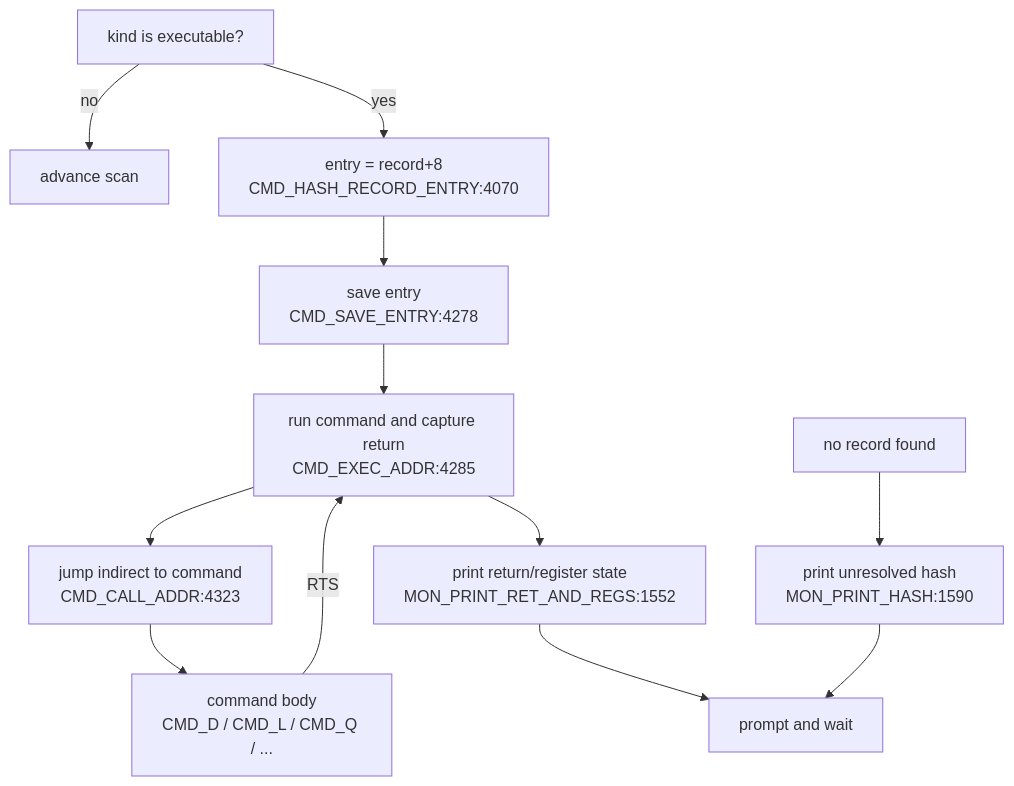
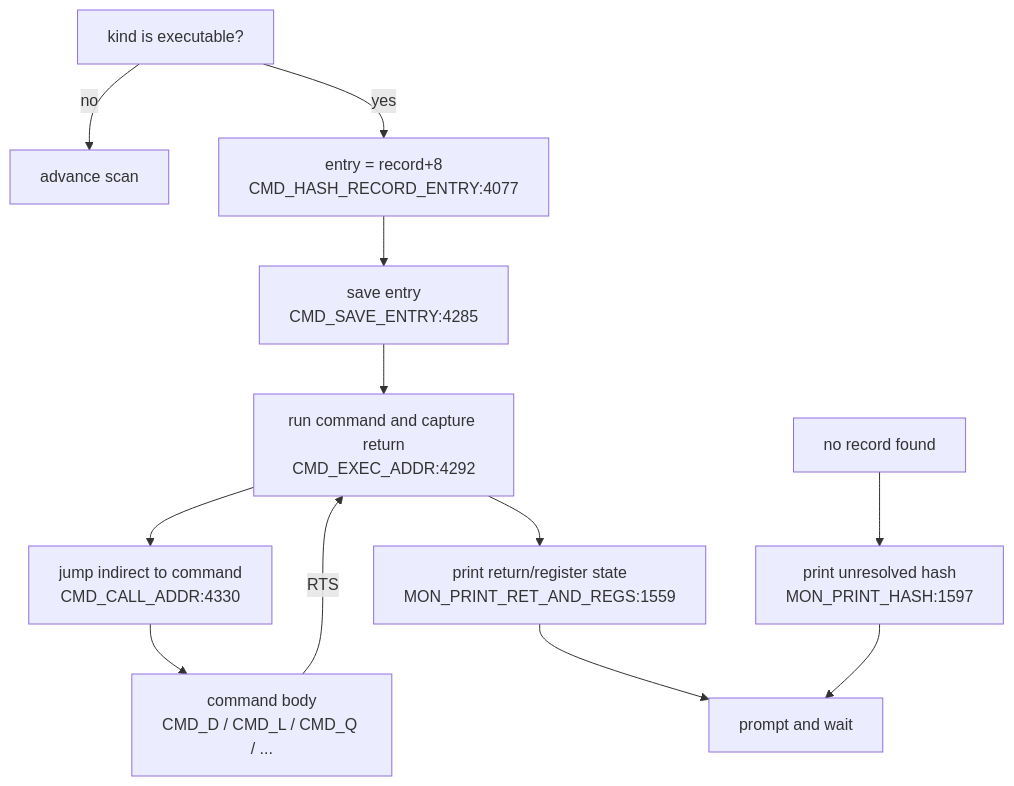
The fourth of 4 diagrams in DOC/GENERATED/CMD_FLOW_MAP.md (95westus/R-YORS), drawn with Mermaid before and after one commit. The commit also changed other lines of this file and 32 other files, not shown here.

````diff
--- a/DOC/GENERATED/CMD_FLOW_MAP.md
+++ b/DOC/GENERATED/CMD_FLOW_MAP.md
@@ -58,14 +58,14 @@
 ```mermaid
 flowchart TD
     EXECOK["kind is executable?"] -->|no| ADV["advance scan"]
-    EXECOK -->|yes| ENTRY["entry = record+8<br/>CMD_HASH_RECORD_ENTRY:4070"]
-    ENTRY --> SAVEENTRY["save entry<br/>CMD_SAVE_ENTRY:4278"]
-    SAVEENTRY --> RUN["run command and capture return<br/>CMD_EXEC_ADDR:4285"]
-    RUN --> CALL["jump indirect to command<br/>CMD_CALL_ADDR:4323"]
+    EXECOK -->|yes| ENTRY["entry = record+8<br/>CMD_HASH_RECORD_ENTRY:4077"]
+    ENTRY --> SAVEENTRY["save entry<br/>CMD_SAVE_ENTRY:4285"]
+    SAVEENTRY --> RUN["run command and capture return<br/>CMD_EXEC_ADDR:4292"]
+    RUN --> CALL["jump indirect to command<br/>CMD_CALL_ADDR:4330"]
     CALL --> BODY["command body<br/>CMD_D / CMD_L / CMD_Q / ..."]
     BODY -->|RTS| RUN
-    RUN --> RETPRINT["print return/register state<br/>MON_PRINT_RET_AND_REGS:1552"]
+    RUN --> RETPRINT["print return/register state<br/>MON_PRINT_RET_AND_REGS:1559"]
     RETPRINT --> LOOP["prompt and wait"]
-    MISS["no record found"] --> PRHASH["print unresolved hash<br/>MON_PRINT_HASH:1590"]
+    MISS["no record found"] --> PRHASH["print unresolved hash<br/>MON_PRINT_HASH:1597"]
     PRHASH --> LOOP
 ```
````
